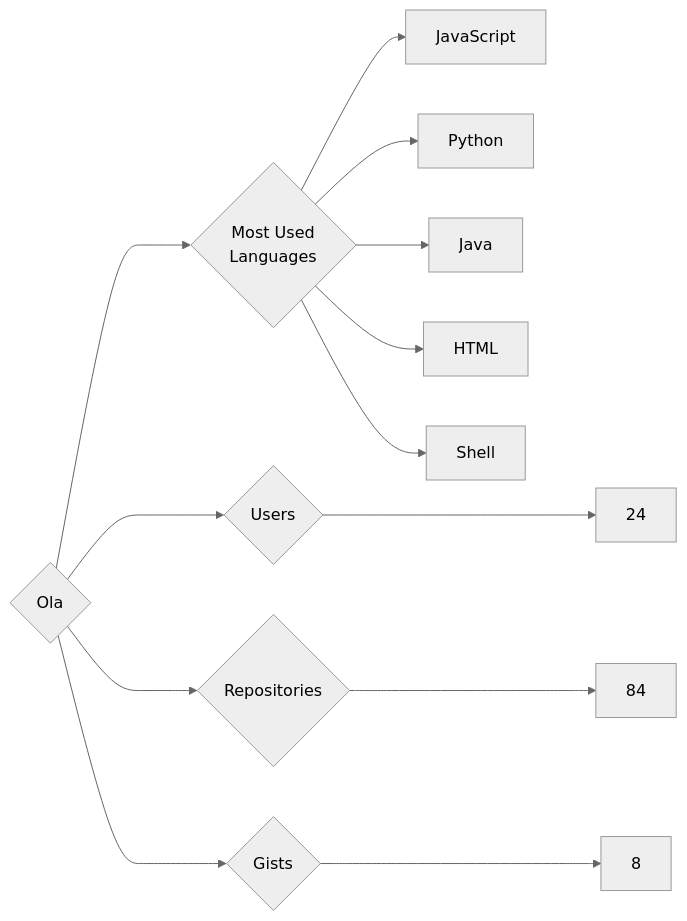
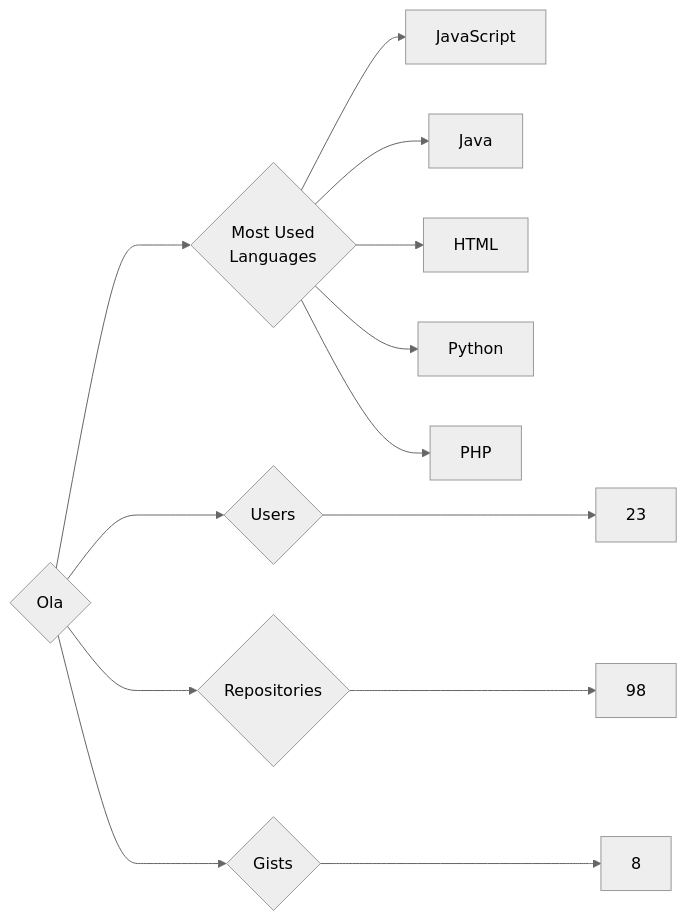
One commit to trickest/insiders changed the diagram in targets/Ola/README.md. Above: the diagram before and after it, drawn with Mermaid (neutral theme). The commit also changed 973 other files, not shown here.

````diff
--- a/targets/Ola/README.md
+++ b/targets/Ola/README.md
@@ -3,13 +3,13 @@
 ```mermaid
 graph LR
 COMPANY_NAME{Ola}
-COMPANY_NAME ---> U{Users} ---> UN[24]
-COMPANY_NAME ---> R{Repositories} ---> RN[84]
+COMPANY_NAME ---> U{Users} ---> UN[23]
+COMPANY_NAME ---> R{Repositories} ---> RN[98]
 COMPANY_NAME ---> G{Gists} ---> GN[8]
 COMPANY_NAME ---> ML{Most Used<br>Languages}
 ML --> JavaScript[JavaScript]
-ML --> Python[Python]
 ML --> Java[Java]
 ML --> HTML[HTML]
-ML --> Shell[Shell]
+ML --> Python[Python]
+ML --> PHP[PHP]
 ```
````
